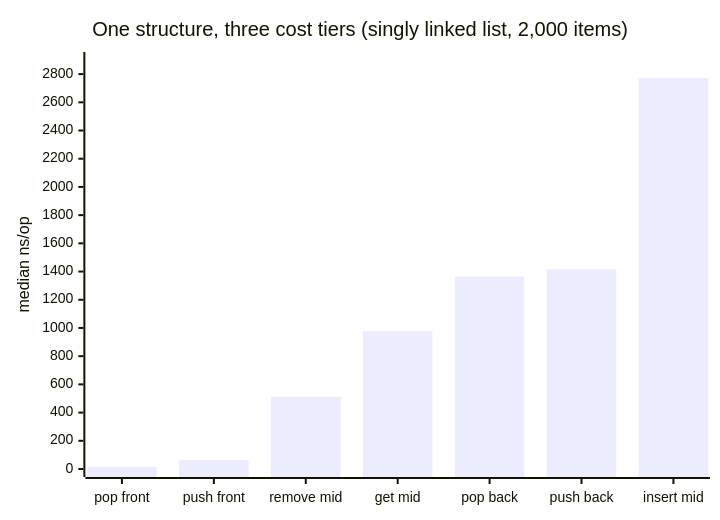
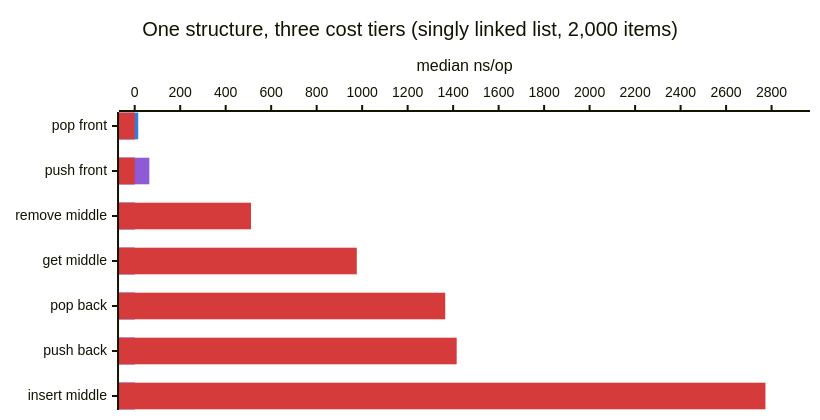
Before and after one commit to alschofield/c-data-structures-and-algorithms: the third of 5 diagrams in bench/README.md, drawn with Mermaid. The commit also changed other lines of this file, not shown here.

Commit message:
Add color-coded legends and readable labels to benchmark charts

````diff
--- a/bench/README.md
+++ b/bench/README.md
@@ -108,7 +139,19 @@
 ```mermaid
+---
+config:
+  xyChart:
+    chartOrientation: horizontal
+    width: 800
+    height: 400
+  themeVariables:
+    xyChart:
+      plotColorPalette: "#2f7ed8, #8f5bd4, #d63b3b"
+---
 xychart-beta
     title "One structure, three cost tiers (singly linked list, 2,000 items)"
-    x-axis ["pop front", "push front", "remove mid", "get mid", "pop back", "push back", "insert mid"]
+    x-axis ["pop front", "push front", "remove middle", "get middle", "pop back", "push back", "insert middle"]
     y-axis "median ns/op" 0 --> 2900
-    bar [15.45, 64.30, 511.25, 976.40, 1365.20, 1415.60, 2773.05]
+    bar [15.45, 0, 0, 0, 0, 0, 0]
+    bar [0, 64.30, 0, 0, 0, 0, 0]
+    bar [0, 0, 511.25, 976.40, 1365.20, 1415.60, 2773.05]
 ```
````
